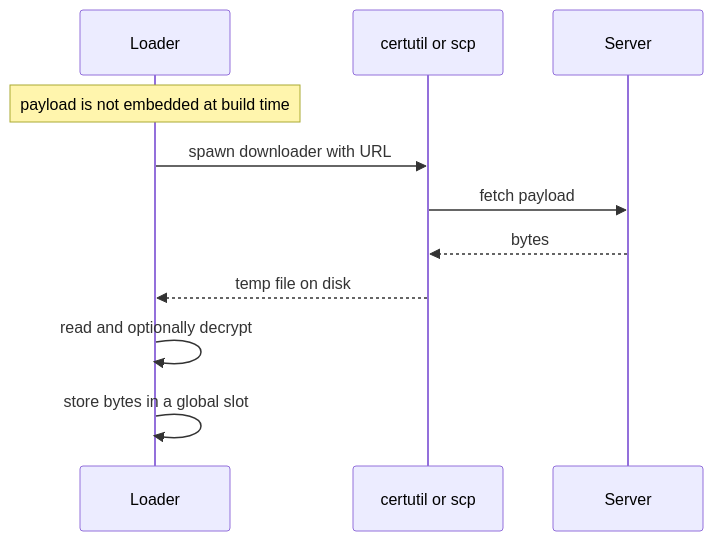
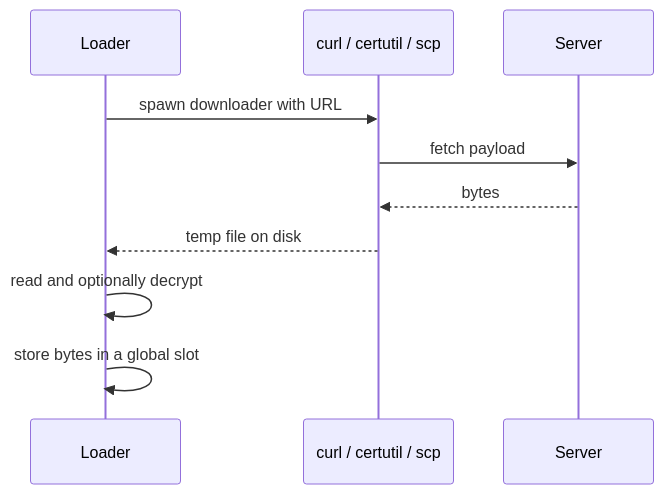
The second of 2 diagrams in src/techniques/network_stager/README.md (M3str3/Picaro), drawn with Mermaid before and after one commit. The commit also changed other lines of this file and 82 other files, not shown here.

````diff
--- a/src/techniques/network_stager/README.md
+++ b/src/techniques/network_stager/README.md
@@ -15,13 +43,12 @@
 ```mermaid
 sequenceDiagram
     participant L as Loader
-    participant D as certutil or scp
+    participant D as curl / certutil / scp
     participant S as Server
-    Note over L: payload is not embedded at build time
     L->>D: spawn downloader with URL
     D->>S: fetch payload
     S-->>D: bytes
     D-->>L: temp file on disk
     L->>L: read and optionally decrypt
     L->>L: store bytes in a global slot
 ```
````
